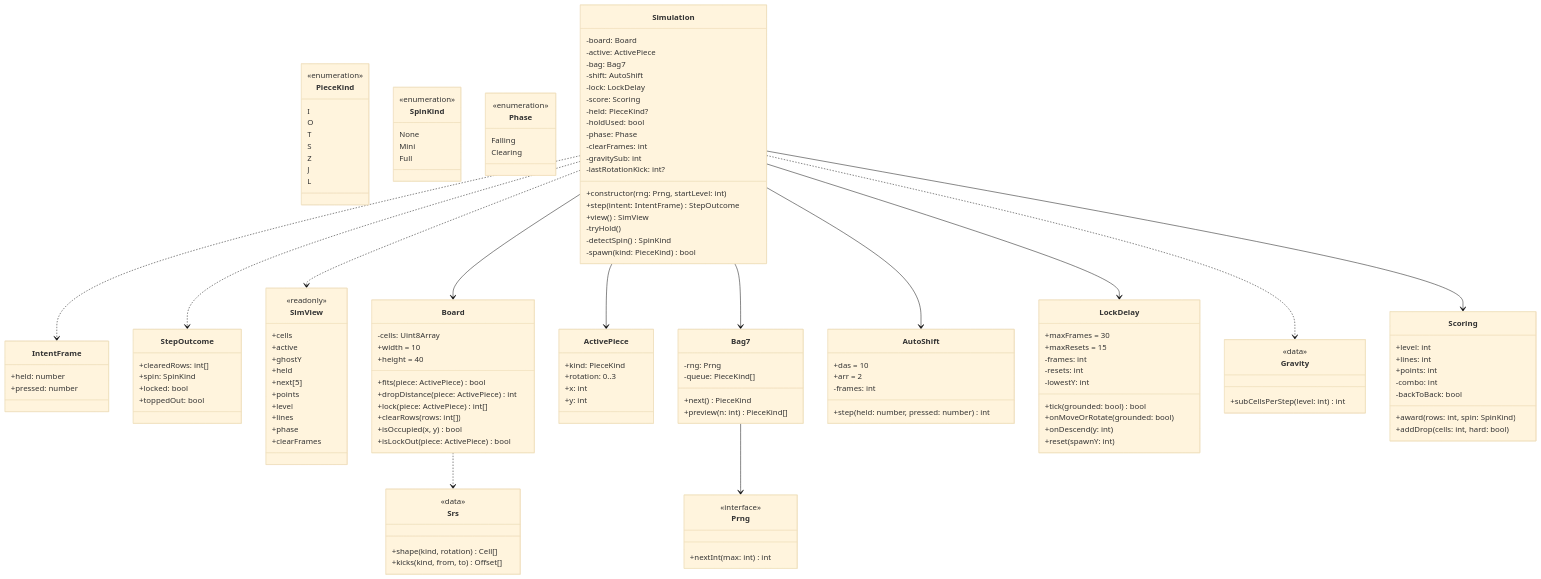
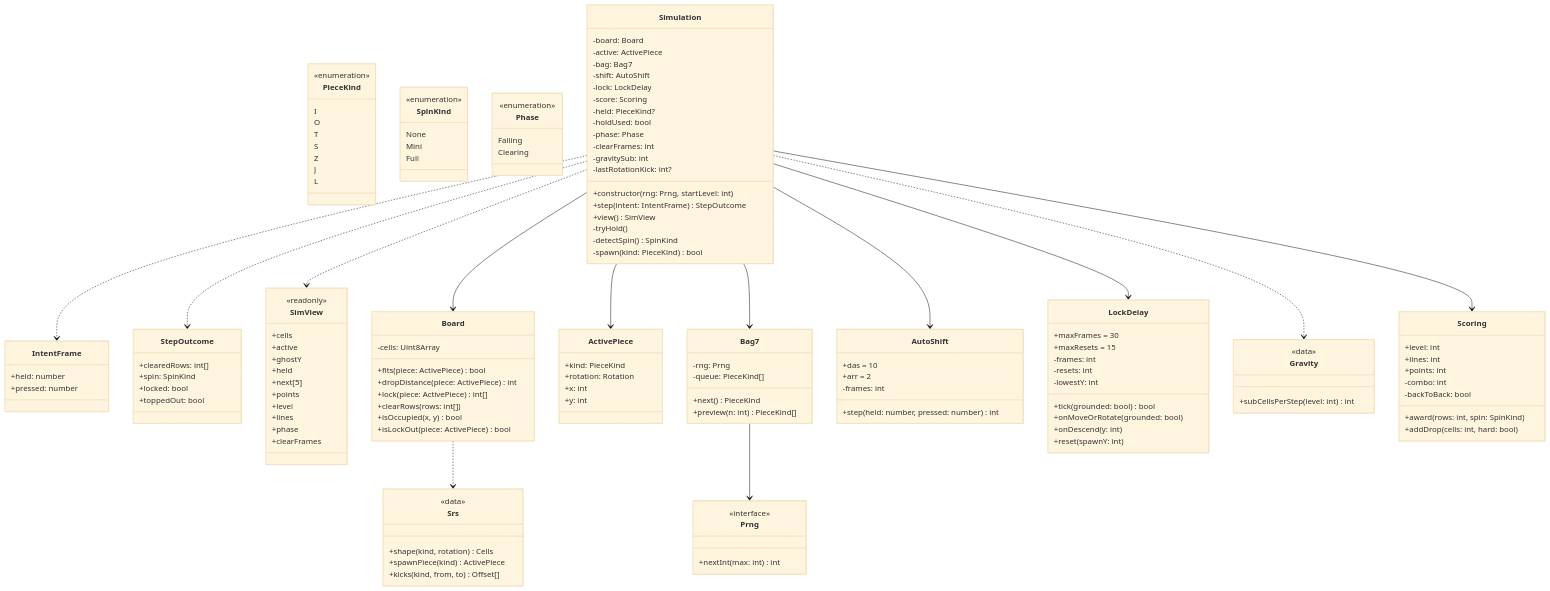
One commit to benoit-bremaud/retro-blocks changed the diagram in docs/architecture/diagrams/system/02-class.md. Above: the diagram before and after it, drawn with Mermaid (base theme). The commit also changed other lines of this file and 14 other files, not shown here.

```diff
--- a/docs/architecture/diagrams/system/02-class.md
+++ b/docs/architecture/diagrams/system/02-class.md
@@ -75,8 +75,6 @@
   }
   class Board {
     -cells: Uint8Array
-    +width = 10
-    +height = 40
     +fits(piece: ActivePiece) bool
     +dropDistance(piece: ActivePiece) int
     +lock(piece: ActivePiece) int[]
@@ -86,13 +84,14 @@
   }
   class ActivePiece {
     +kind: PieceKind
-    +rotation: 0..3
+    +rotation: Rotation
     +x: int
     +y: int
   }
   class Srs {
     <<data>>
-    +shape(kind, rotation) Cell[]
+    +shape(kind, rotation) Cells
+    +spawnPiece(kind) ActivePiece
     +kicks(kind, from, to) Offset[]
   }
   class Bag7 {
```
